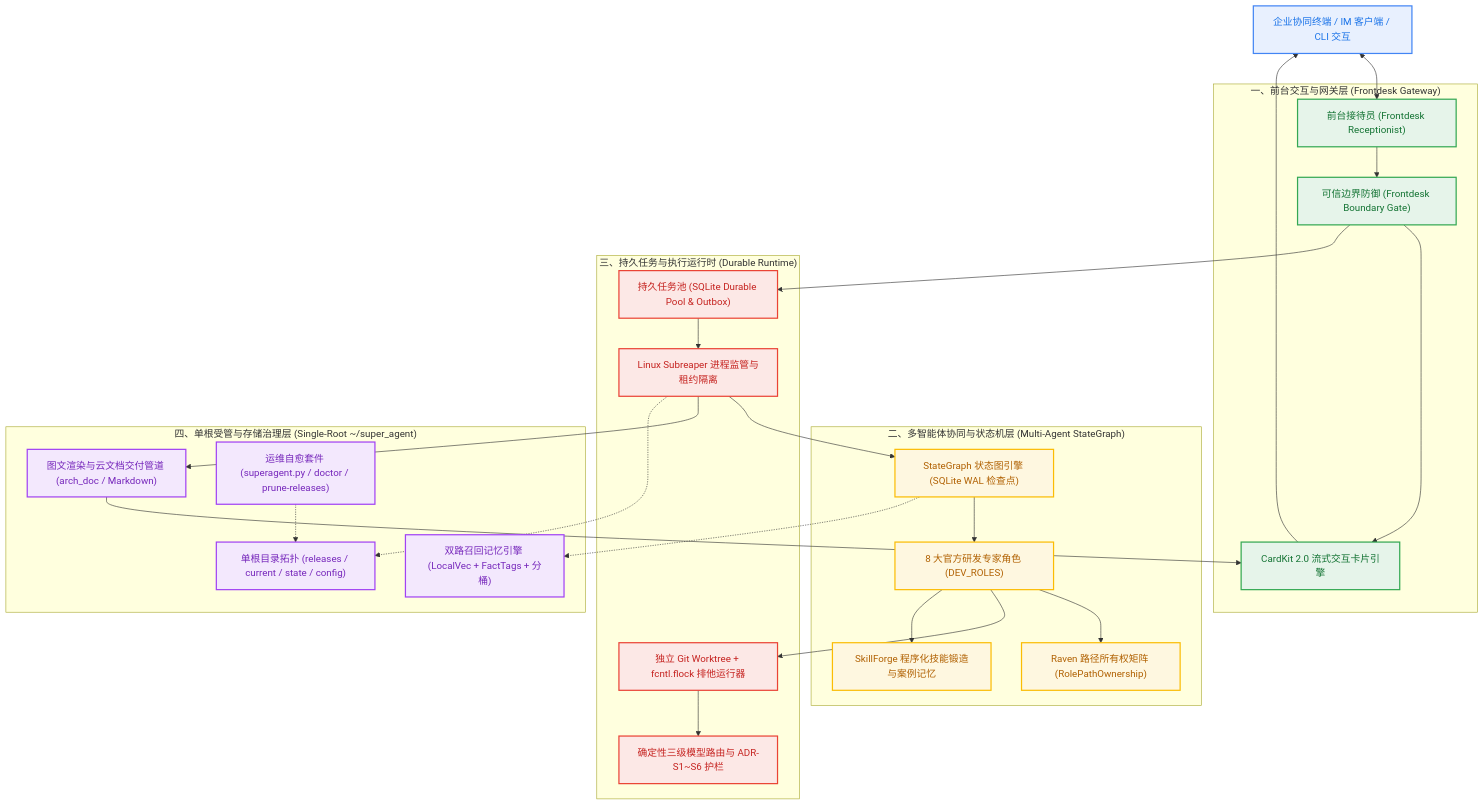
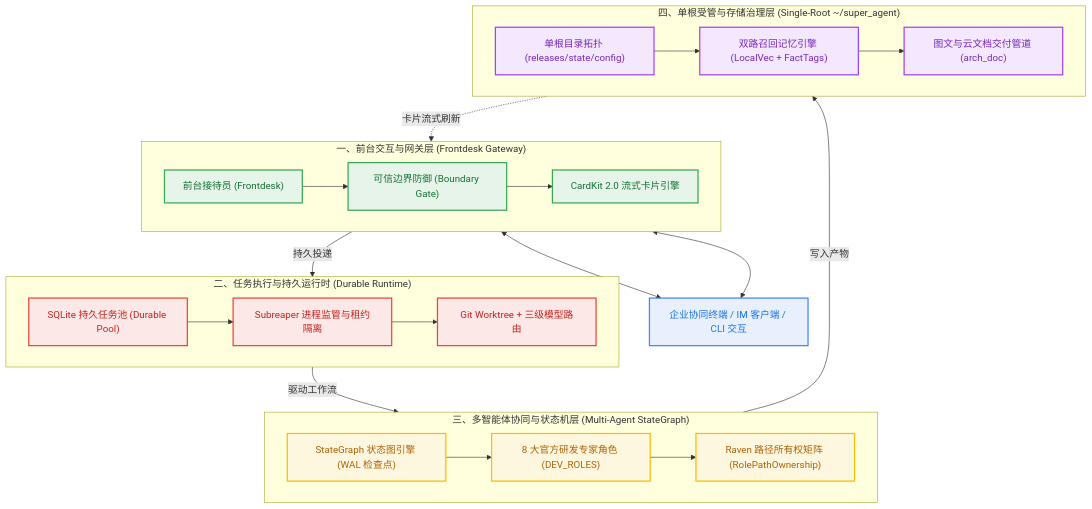
Before and after one commit to caixuf/super-agent: the diagram in docs/wiki/Home.md, drawn with Mermaid. The commit also changed other lines of this file and 6 other files, not shown here.

Commit message:
docs(wiki): add _Sidebar navigation, optimize diagram legibility, and add bi-directional chapter navigation

````diff
--- a/docs/wiki/Home.md
+++ b/docs/wiki/Home.md
@@ -27,55 +27,49 @@
 ```mermaid
-graph TD
+flowchart TD
     classDef client fill:#E8F0FE,stroke:#4285F4,stroke-width:2px,color:#1A73E8;
     classDef front fill:#E6F4EA,stroke:#34A853,stroke-width:2px,color:#137333;
+    classDef pool fill:#FCE8E6,stroke:#EA4335,stroke-width:2px,color:#C5221F;
     classDef stgraph fill:#FEF7E0,stroke:#FBBC04,stroke-width:2px,color:#B06000;
-    classDef pool fill:#FCE8E6,stroke:#EA4335,stroke-width:2px,color:#C5221F;
     classDef storage fill:#F3E8FD,stroke:#A142F4,stroke-width:2px,color:#7627BB;
 
     Client["企业协同终端 / IM 客户端 / CLI 交互"]:::client
-    
-    subgraph LayerFront ["一、前台交互与网关层 (Frontdesk Gateway)"]
-        Gateway["前台接待员 (Frontdesk Receptionist)"]:::front
-        BoundaryGate["可信边界防御 (Frontdesk Boundary Gate)"]:::front
-        CardEngine["CardKit 2.0 流式交互卡片引擎"]:::front
+
+    subgraph L1 ["一、前台交互与网关层 (Frontdesk Gateway)"]
+        direction LR
+        Gateway["前台接待员 (Frontdesk)"]:::front
+        Boundary["可信边界防御 (Boundary Gate)"]:::front
+        CardEngine["CardKit 2.0 流式卡片引擎"]:::front
+        Gateway --> Boundary --> CardEngine
     end
 
-    subgraph LayerGraph ["二、多智能体协同与状态机层 (Multi-Agent StateGraph)"]
-        StateGraphEngine["StateGraph 状态图引擎 (SQLite WAL 检查点)"]:::stgraph
-        RavenGuard["Raven 路径所有权矩阵 (RolePathOwnership)"]:::stgraph
-        Colleagues["8 大官方研发专家角色 (DEV_ROLES)"]:::stgraph
-        SkillForgeEngine["SkillForge 程序化技能锻造与案例记忆"]:::stgraph
+    subgraph L2 ["二、任务执行与持久运行时 (Durable Runtime)"]
+        direction LR
+        DPool["SQLite 持久任务池 (Durable Pool)"]:::pool
+        Supervisor["Subreaper 进程监管与租约隔离"]:::pool
+        DevRunner["Git Worktree + 三级模型路由"]:::pool
+        DPool --> Supervisor --> DevRunner
     end
 
-    subgraph LayerRuntime ["三、持久任务与执行运行时 (Durable Runtime)"]
-        DurablePool["持久任务池 (SQLite Durable Pool & Outbox)"]:::pool
-        AttemptSupervisor["Linux Subreaper 进程监管与租约隔离"]:::pool
-        DevRunner["独立 Git Worktree + fcntl.flock 排他运行器"]:::pool
-        ModelRouter["确定性三级模型路由与 ADR-S1~S6 护栏"]:::pool
+    subgraph L3 ["三、多智能体协同与状态机层 (Multi-Agent StateGraph)"]
+        direction LR
+        SG["StateGraph 状态图引擎 (WAL 检查点)"]:::stgraph
+        Roles["8 大官方研发专家角色 (DEV_ROLES)"]:::stgraph
+        Raven["Raven 路径所有权矩阵 (RolePathOwnership)"]:::stgraph
+        SG --> Roles --> Raven
     end
 
-    subgraph LayerRoot ["四、单根受管与存储治理层 (Single-Root ~/super_agent)"]
-        SingleRoot["单根目录拓扑 (releases / current / state / config)"]:::storage
-        MemoryEngine["双路召回记忆引擎 (LocalVec + FactTags + 分桶)"]:::storage
-        DeliveryPipeline["图文渲染与云文档交付管道 (arch_doc / Markdown)"]:::storage
-        OpsSuite["运维自愈套件 (superagent.py / doctor / prune-releases)"]:::storage
+    subgraph L4 ["四、单根受管与存储治理层 (Single-Root ~/super_agent)"]
+        direction LR
+        SRoot["单根目录拓扑 (releases/state/config)"]:::storage
+        Memory["双路召回记忆引擎 (LocalVec + FactTags)"]:::storage
+        Delivery["图文与云文档交付管道 (arch_doc)"]:::storage
+        SRoot --> Memory --> Delivery
     end
 
     Client <--> Gateway
-    Gateway --> BoundaryGate
-    BoundaryGate --> CardEngine
-    BoundaryGate --> DurablePool
-    DurablePool --> AttemptSupervisor
-    AttemptSupervisor --> StateGraphEngine
-    StateGraphEngine --> Colleagues
-    Colleagues --> RavenGuard
-    Colleagues --> DevRunner
-    Colleagues --> SkillForgeEngine
-    DevRunner --> ModelRouter
-    AttemptSupervisor --> DeliveryPipeline
-    DeliveryPipeline --> CardEngine
-    CardEngine --> Client
-    StateGraphEngine -.-> MemoryEngine
-    AttemptSupervisor -.-> SingleRoot
-    OpsSuite -.-> SingleRoot
+    CardEngine <--> Client
+    Boundary -->|持久投递| DPool
+    DevRunner -->|驱动工作流| SG
+    Raven -->|写入产物| Delivery
+    Delivery -.->|卡片流式刷新| CardEngine
 ```
````
